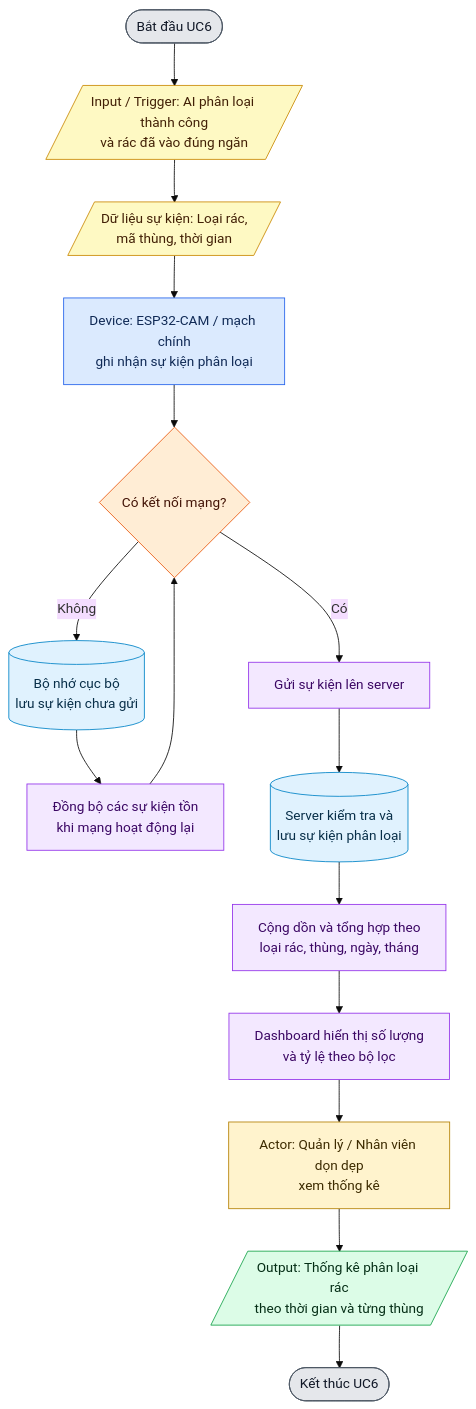
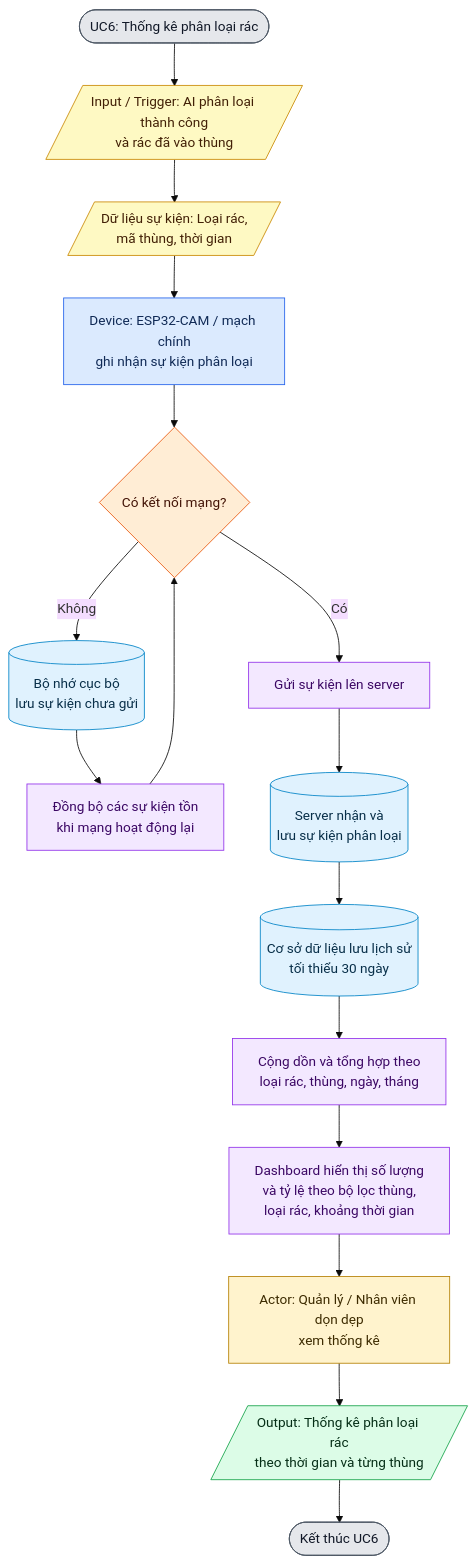
One commit to ariesanhthu/AIOT-SMART-TRASH-BIN changed the diagram in FLOWCHART/UC06_thong_ke_phan_loai_rac.mmd. Above: the diagram before and after it, drawn with Mermaid (base theme). The commit also changed 11 other files, not shown here.

Commit message:
update: fix flowcharts

```diff
--- a/FLOWCHART/UC06_thong_ke_phan_loai_rac.mmd
+++ b/FLOWCHART/UC06_thong_ke_phan_loai_rac.mmd
@@ -1,37 +1,38 @@
 flowchart TD
-    start([Bắt đầu UC6])
-    trigger[/"Input / Trigger: AI phân loại thành công<br/>và rác đã vào đúng ngăn"/]
+    start([UC6: Thống kê phân loại rác])
+    trigger[/"Input / Trigger: AI phân loại thành công<br/>và rác đã vào thùng"/]
     event[/"Dữ liệu sự kiện: Loại rác,<br/>mã thùng, thời gian"/]
     esp["Device: ESP32-CAM / mạch chính<br/>ghi nhận sự kiện phân loại"]
     network{"Có kết nối mạng?"}
     local[("Bộ nhớ cục bộ<br/>lưu sự kiện chưa gửi")]
     sync["Đồng bộ các sự kiện tồn<br/>khi mạng hoạt động lại"]
     send["Gửi sự kiện lên server"]
-    server[("Server kiểm tra và<br/>lưu sự kiện phân loại")]
+    server[("Server nhận và<br/>lưu sự kiện phân loại")]
+    retention[("Cơ sở dữ liệu lưu lịch sử<br/>tối thiểu 30 ngày")]
     aggregate["Cộng dồn và tổng hợp theo<br/>loại rác, thùng, ngày, tháng"]
-    dashboard["Dashboard hiển thị số lượng<br/>và tỷ lệ theo bộ lọc"]
+    dashboard["Dashboard hiển thị số lượng<br/>và tỷ lệ theo bộ lọc thùng,<br/>loại rác, khoảng thời gian"]
     actor["Actor: Quản lý / Nhân viên dọn dẹp<br/>xem thống kê"]
     output[/"Output: Thống kê phân loại rác<br/>theo thời gian và từng thùng"/]
     finish([Kết thúc UC6])
 
     start --> trigger --> event --> esp --> network
     network -- Không --> local --> sync --> network
-    network -- Có --> send --> server --> aggregate --> dashboard --> actor --> output --> finish
+    network -- Có --> send --> server --> retention --> aggregate --> dashboard --> actor --> output --> finish
 
     classDef actor fill:#fff3cd,stroke:#b58105,color:#3d2b00;
     classDef device fill:#dbeafe,stroke:#2563eb,color:#102a56;
     classDef input fill:#fef9c3,stroke:#ca8a04,color:#422006;
     classDef process fill:#f3e8ff,stroke:#9333ea,color:#3b0764;
     classDef decision fill:#ffedd5,stroke:#ea580c,color:#431407;
     classDef output fill:#dcfce7,stroke:#16a34a,color:#052e16;
     classDef data fill:#e0f2fe,stroke:#0284c7,color:#082f49;
     classDef terminal fill:#e5e7eb,stroke:#4b5563,color:#111827;
 
     class actor actor;
     class esp device;
     class trigger,event input;
     class sync,send,aggregate,dashboard process;
     class network decision;
     class output output;
-    class local,server data;
+    class local,server,retention data;
     class start,finish terminal;
```
